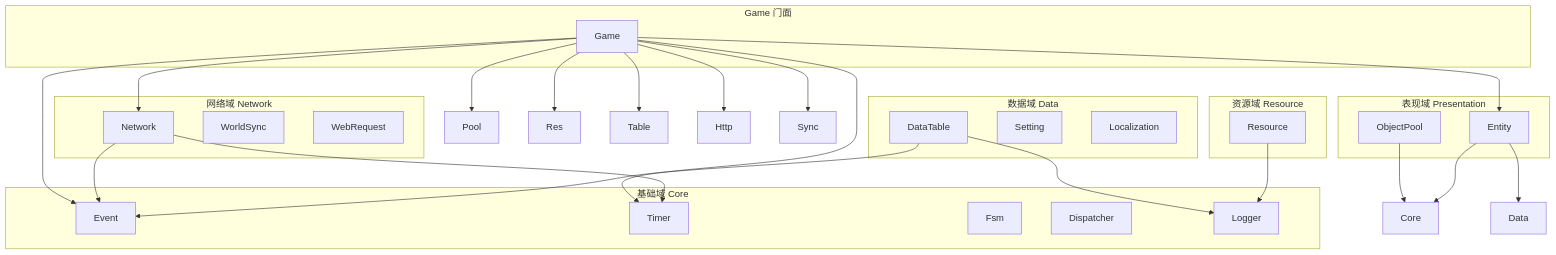
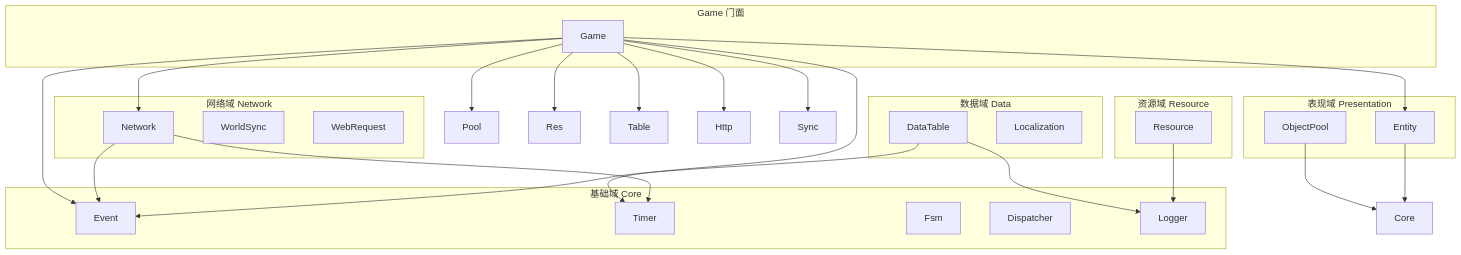
The first of 3 diagrams in client/concepts/module-dependencies.md (qw576483/clover-doc), drawn with Mermaid before and after one commit. The commit also changed 31 other files, not shown here.

````diff
--- a/client/concepts/module-dependencies.md
+++ b/client/concepts/module-dependencies.md
@@ -18,58 +18,56 @@
 ```mermaid
 graph TD
     subgraph "表现域 Presentation"
         Entity[Entity]
         ObjectPool[ObjectPool]
     end
     
     subgraph "网络域 Network"
         Net[Network]
         WorldSync[WorldSync]
         WebRequest[WebRequest]
     end
     
     subgraph "数据域 Data"
         DataTable[DataTable]
-        Setting[Setting]
         Localization[Localization]
     end
     
     subgraph "基础域 Core"
         Event[Event]
         Timer[Timer]
         Fsm[Fsm]
         Dispatcher[Dispatcher]
         Logger[Logger]
     end
     
     subgraph "资源域 Resource"
         Resource[Resource]
     end
     
     subgraph "Game 门面"
         Game[Game]
     end
     
     Game --> Net
     Game --> Entity
     Game --> Pool
     Game --> Event
     Game --> Timer
     Game --> Res
     Game --> Table
     Game --> Http
     Game --> Sync
     
     Net --> Event
     Net --> Timer
     
     DataTable --> Event
     DataTable --> Logger
     
     Resource --> Logger
     
     ObjectPool --> Core
     
     Entity --> Core
-    Entity --> Data
 ```
````
